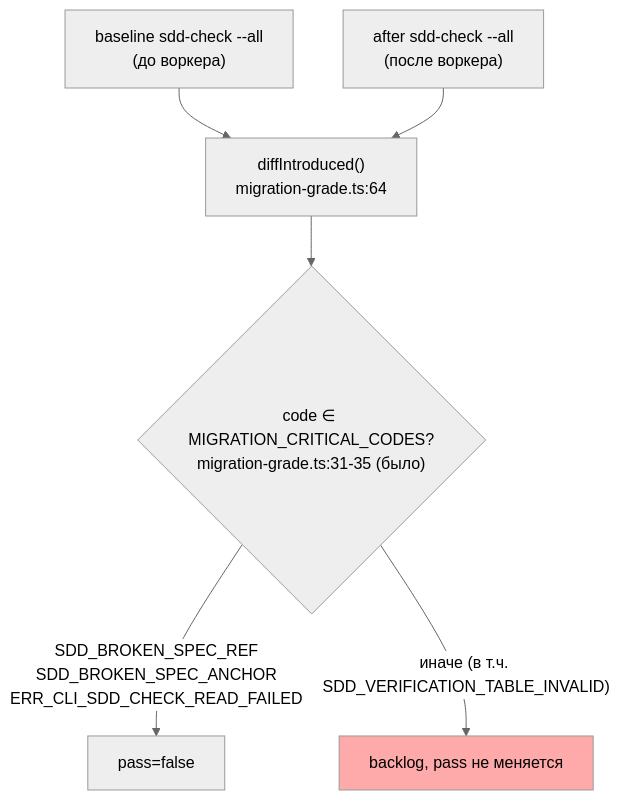
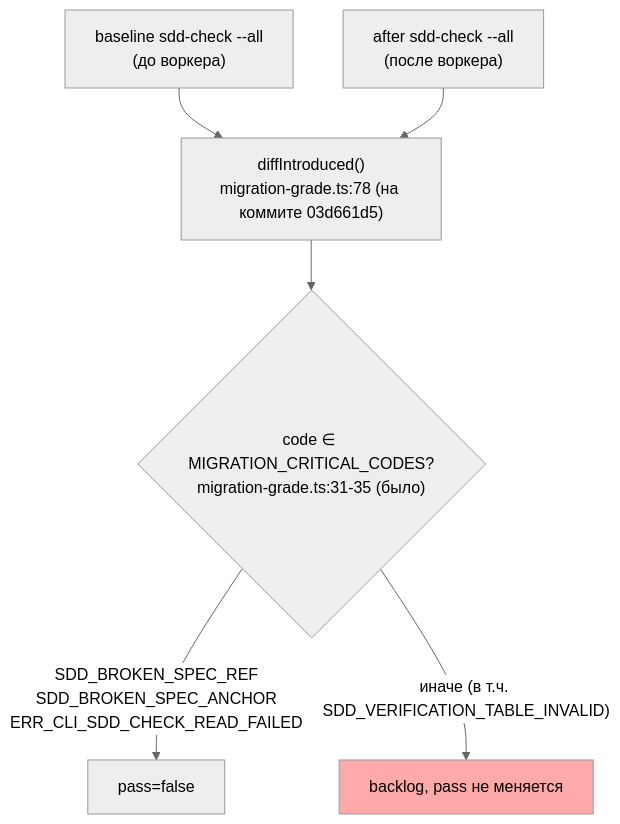
One commit to RubaXa/gennady changed the first of 2 diagrams in ai/drafts/research/sdd-v1-to-v2-transfer/_raw/reports/R-E-07.md. Above: the diagram before and after it, drawn with Mermaid (neutral theme). The commit also changed other lines of this file and 5 other files, not shown here.

````diff
--- a/ai/drafts/research/sdd-v1-to-v2-transfer/_raw/reports/R-E-07.md
+++ b/ai/drafts/research/sdd-v1-to-v2-transfer/_raw/reports/R-E-07.md
@@ -16,9 +16,9 @@
 ```mermaid
 flowchart TD
-  A["baseline sdd-check --all\n(до воркера)"] --> D["diffIntroduced()\nmigration-grade.ts:64"]
+  A["baseline sdd-check --all\n(до воркера)"] --> D["diffIntroduced()\nmigration-grade.ts:78 (на коммите 03d661d5)"]
   B["after sdd-check --all\n(после воркера)"] --> D
   D --> E{"code ∈ MIGRATION_CRITICAL_CODES?\nmigration-grade.ts:31-35 (было)"}
   E -->|"SDD_BROKEN_SPEC_REF\nSDD_BROKEN_SPEC_ANCHOR\nERR_CLI_SDD_CHECK_READ_FAILED"| F["pass=false"]
   E -->|"иначе (в т.ч. SDD_VERIFICATION_TABLE_INVALID)"| G["backlog, pass не меняется"]
   style G fill:#faa
 ```
````
